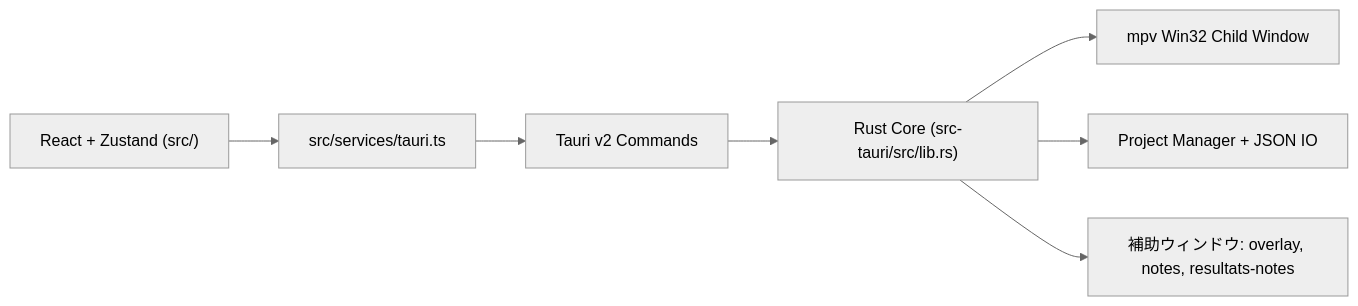
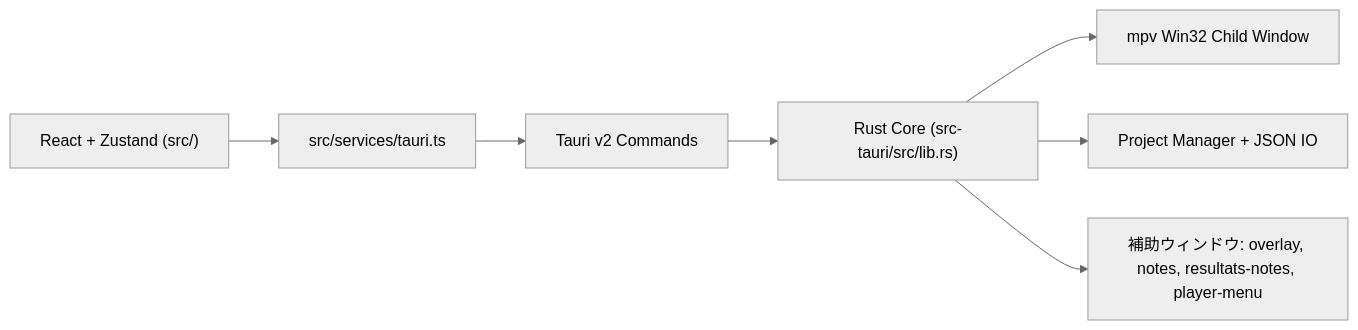
The diagram in README.ja.md (NetsumaInfo/application-bareme-amv-france), drawn with Mermaid (neutral theme) before and after one commit. The commit also changed other lines of this file and 4 other files, not shown here.

Commit message:
docs(readme): sync translations (remove doc note, add player-menu + app update store)

````diff
--- a/README.ja.md
+++ b/README.ja.md
@@ -48,9 +46,9 @@
 ```mermaid
 flowchart LR
   UI["React + Zustand (src/)"] --> API["src/services/tauri.ts"]
   API --> IPC["Tauri v2 Commands"]
   IPC --> Core["Rust Core (src-tauri/src/lib.rs)"]
   Core --> MPV["mpv Win32 Child Window"]
   Core --> Proj["Project Manager + JSON IO"]
-  Core --> Aux["補助ウィンドウ: overlay, notes, resultats-notes"]
+  Core --> Aux["補助ウィンドウ: overlay, notes, resultats-notes, player-menu"]
 ```
````
